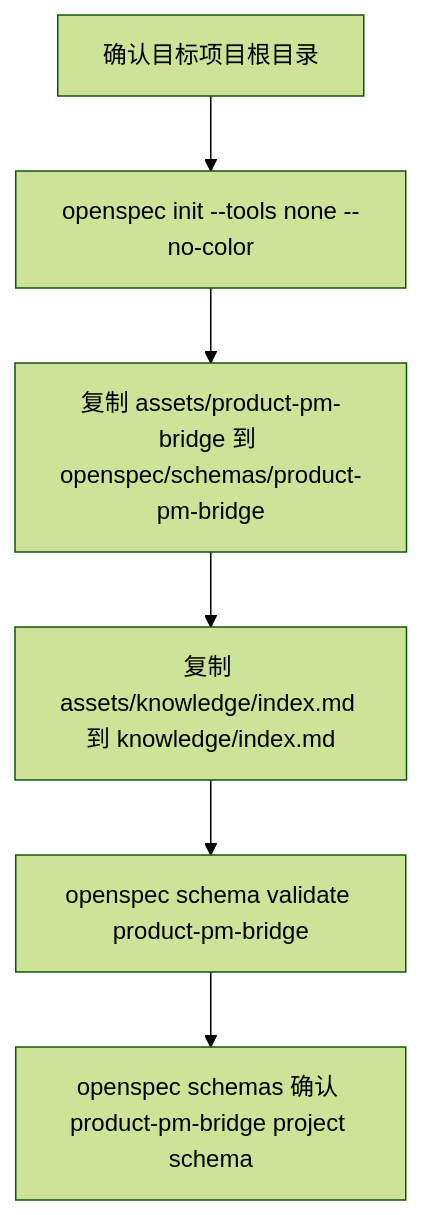
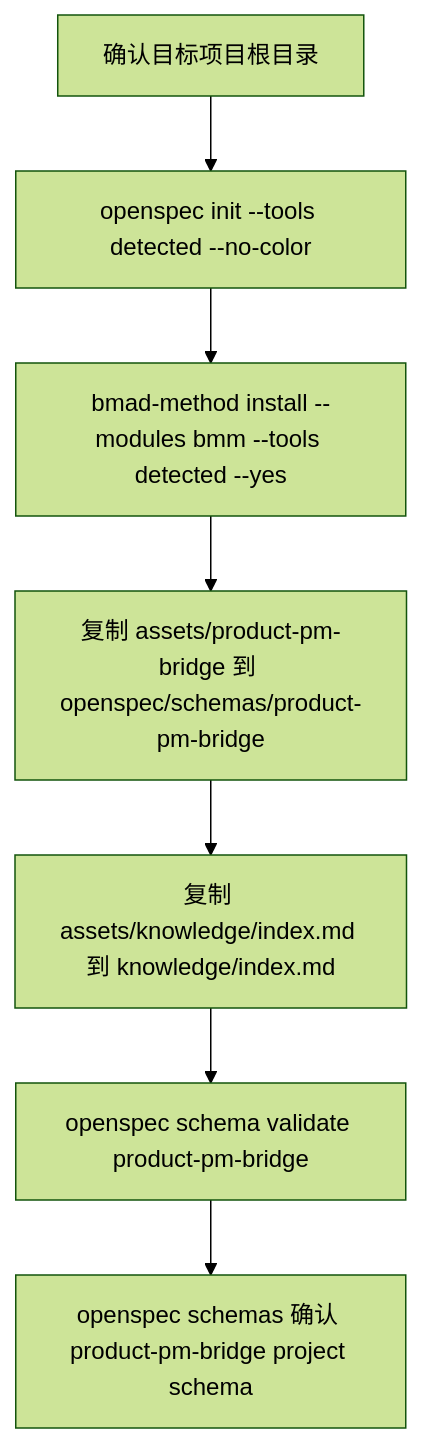
The diagram in roles/product/skills/init-project/SKILL.md (moluoxixi/AIRules), drawn with Mermaid (forest theme) before and after one commit. The commit also changed other lines of this file and 28 other files, not shown here.

First line of the commit message:
feat(product): 添加 BMAD BMM runtime 支持与前端测试矩阵

````diff
--- a/roles/product/skills/init-project/SKILL.md
+++ b/roles/product/skills/init-project/SKILL.md
@@ -23,8 +23,9 @@
 ```mermaid
 flowchart TD
-  A[确认目标项目根目录] --> B[openspec init --tools none --no-color]
-  B --> C[复制 assets/product-pm-bridge 到 openspec/schemas/product-pm-bridge]
-  C --> D[复制 assets/knowledge/index.md 到 knowledge/index.md]
-  D --> E[openspec schema validate product-pm-bridge]
-  E --> F[openspec schemas 确认 product-pm-bridge project schema]
+  A[确认目标项目根目录] --> B[openspec init --tools detected --no-color]
+  B --> C[bmad-method install --modules bmm --tools detected --yes]
+  C --> D[复制 assets/product-pm-bridge 到 openspec/schemas/product-pm-bridge]
+  D --> E[复制 assets/knowledge/index.md 到 knowledge/index.md]
+  E --> F[openspec schema validate product-pm-bridge]
+  F --> G[openspec schemas 确认 product-pm-bridge project schema]
 ```
````
